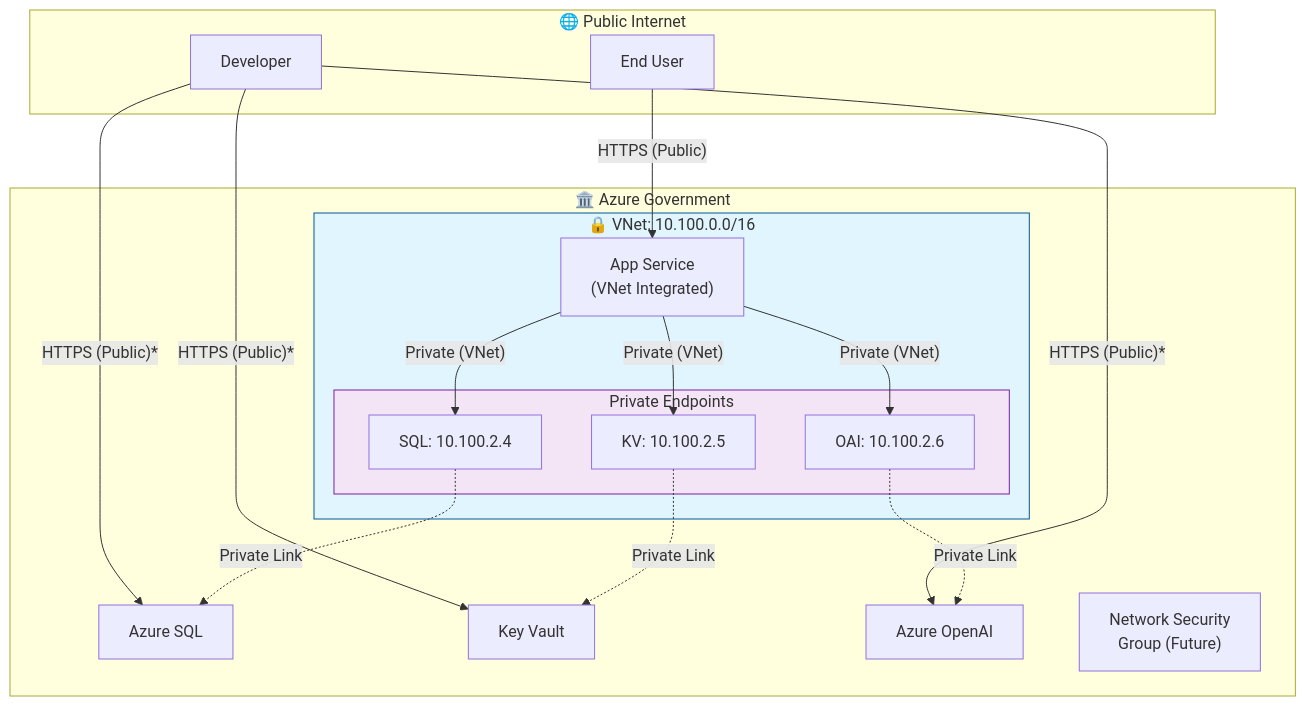
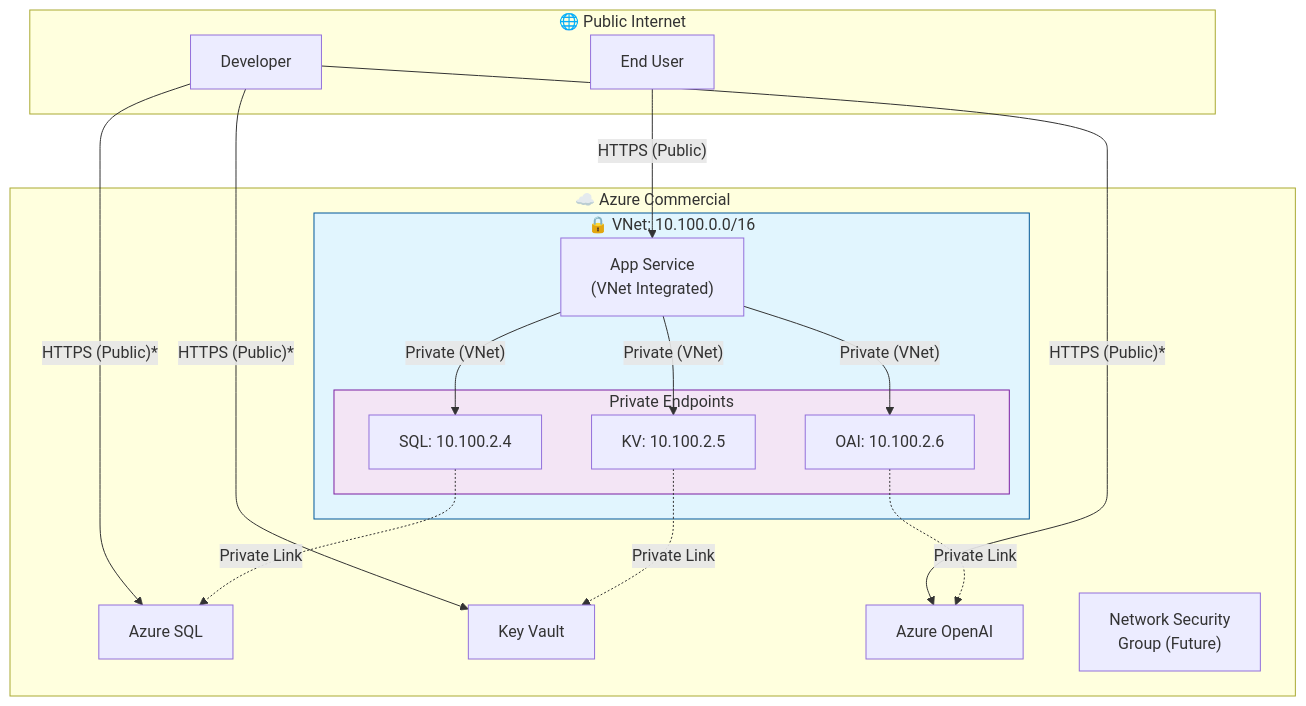
One commit to KyleMonteagudo/csat-guardian changed the fourth of 4 diagrams in docs/diagrams/infrastructure.md. Above: the diagram before and after it, drawn with Mermaid. The commit also changed other lines of this file and 28 other files, not shown here.

First line of the commit message:
refactor: Remove all Azure Government references, update for Commercial Azure

````diff
--- a/docs/diagrams/infrastructure.md
+++ b/docs/diagrams/infrastructure.md
@@ -179,41 +176,41 @@
 ```mermaid
 flowchart TB
     subgraph Public["🌐 Public Internet"]
         User["End User"]
         Dev["Developer"]
     end
 
-    subgraph AzureGov["🏛️ Azure Government"]
+    subgraph AzureCommercial["☁️ Azure Commercial"]
         subgraph VNet["🔒 VNet: 10.100.0.0/16"]
             AppService["App Service<br/>(VNet Integrated)"]
             
             subgraph PrivateEndpoints["Private Endpoints"]
                 PE1["SQL: 10.100.2.4"]
                 PE2["KV: 10.100.2.5"]
                 PE3["OAI: 10.100.2.6"]
             end
         end
         
         SQL["Azure SQL"]
         KV["Key Vault"]
         OAI["Azure OpenAI"]
         
         NSG["Network Security<br/>Group (Future)"]
     end
 
     User -->|"HTTPS (Public)"| AppService
     Dev -->|"HTTPS (Public)*"| SQL
     Dev -->|"HTTPS (Public)*"| KV
     Dev -->|"HTTPS (Public)*"| OAI
     
     AppService -->|"Private (VNet)"| PE1
     AppService -->|"Private (VNet)"| PE2
     AppService -->|"Private (VNet)"| PE3
     
     PE1 -.->|"Private Link"| SQL
     PE2 -.->|"Private Link"| KV
     PE3 -.->|"Private Link"| OAI
 
     style VNet fill:#e1f5fe,stroke:#01579b
     style PrivateEndpoints fill:#f3e5f5,stroke:#7b1fa2
 ```
````
